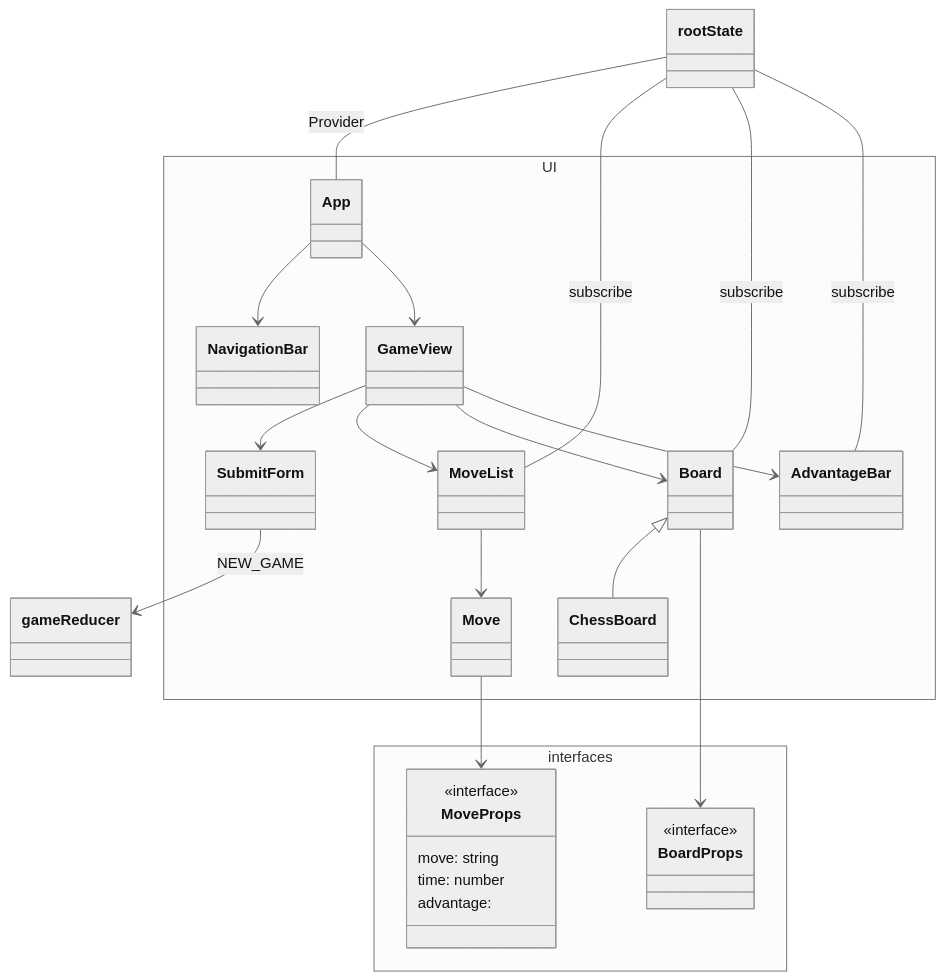
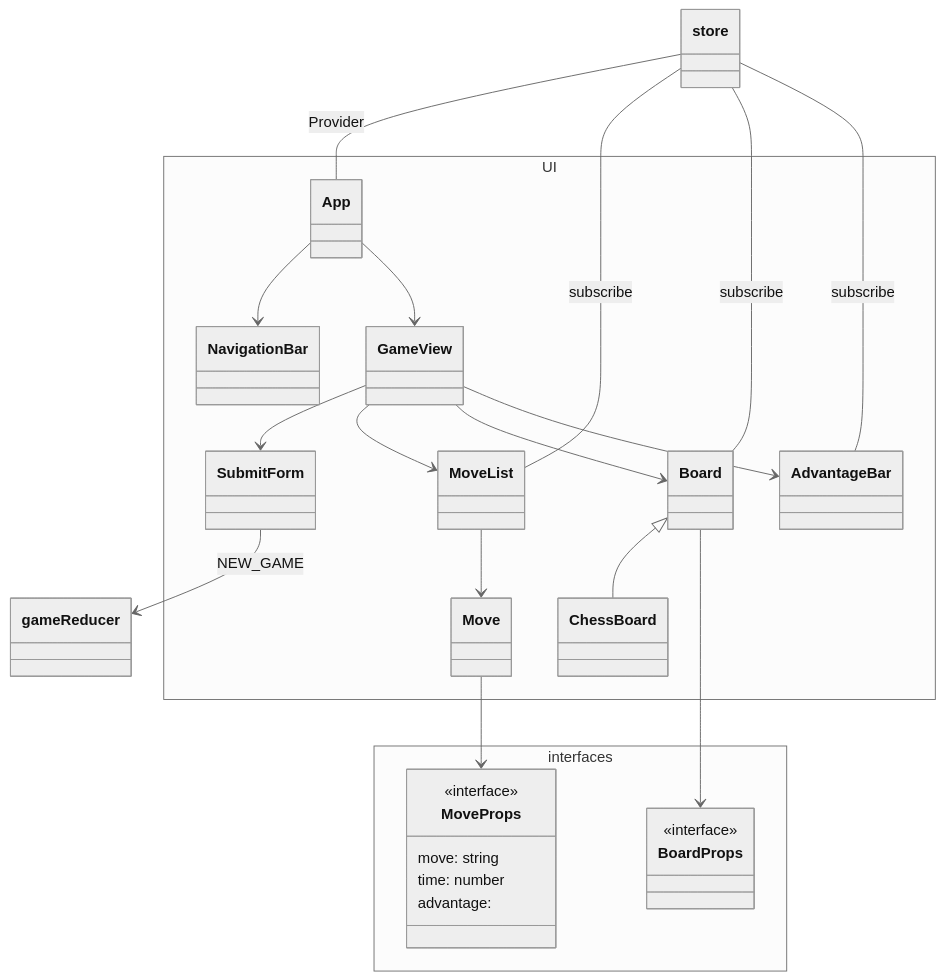
The fourth of 5 diagrams in docs/architecture.md (game-ai-platform-team/tira-ai-platform), drawn with Mermaid (neutral theme) before and after one commit. The commit also changed other lines of this file, not shown here.

Commit message:
docs: Rename rootState to store

````diff
--- a/docs/architecture.md
+++ b/docs/architecture.md
@@ -170,49 +170,49 @@
 ```mermaid
 classDiagram
-rootState -- App: Provider
+store -- App: Provider
 
 App --> NavigationBar
 App --> GameView
 
 GameView --> SubmitForm
 GameView --> MoveList
 GameView --> Board
 GameView --> AdvantageBar
 
 Board <|-- ChessBoard
 Board --> BoardProps
 
 MoveList --> Move
 Move --> MoveProps
 
 SubmitForm --> gameReducer: NEW_GAME
-Board -- rootState: subscribe
-MoveList -- rootState: subscribe
-AdvantageBar -- rootState: subscribe
+Board -- store: subscribe
+MoveList -- store: subscribe
+AdvantageBar -- store: subscribe
 
 namespace interfaces {
     class MoveProps {
     <<interface>>
     move: string
     time: number
     advantage:
     }
 
     class BoardProps {
         <<interface>>
     }
 }
 
 
 namespace UI {
     class App
     class NavigationBar
     class GameView
     class SubmitForm
     class AdvantageBar
     class Board
     class ChessBoard
     class Move
     class MoveList
 }
 ```
````
